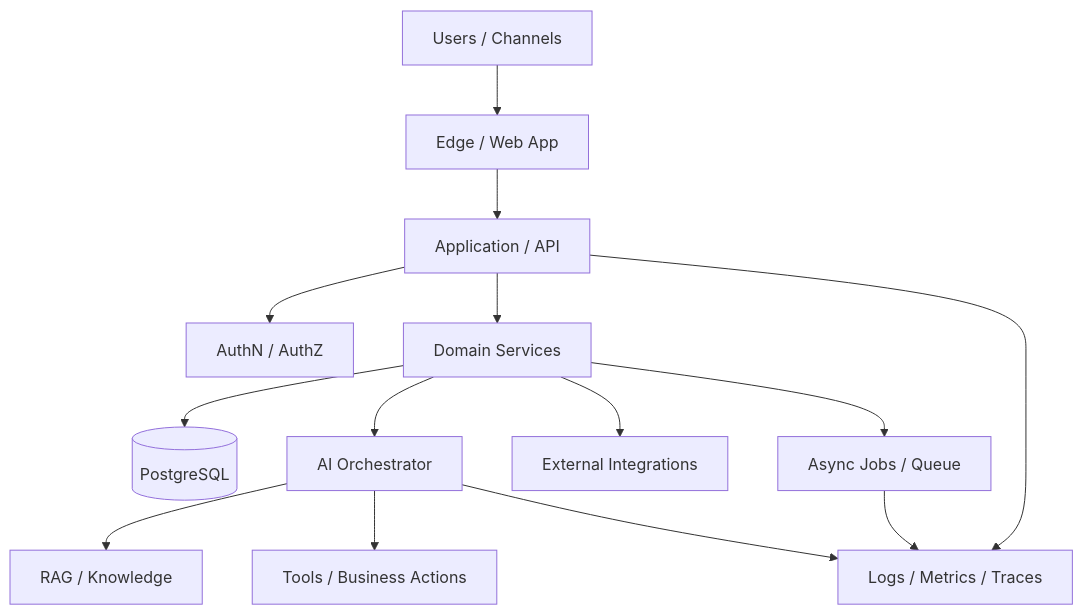
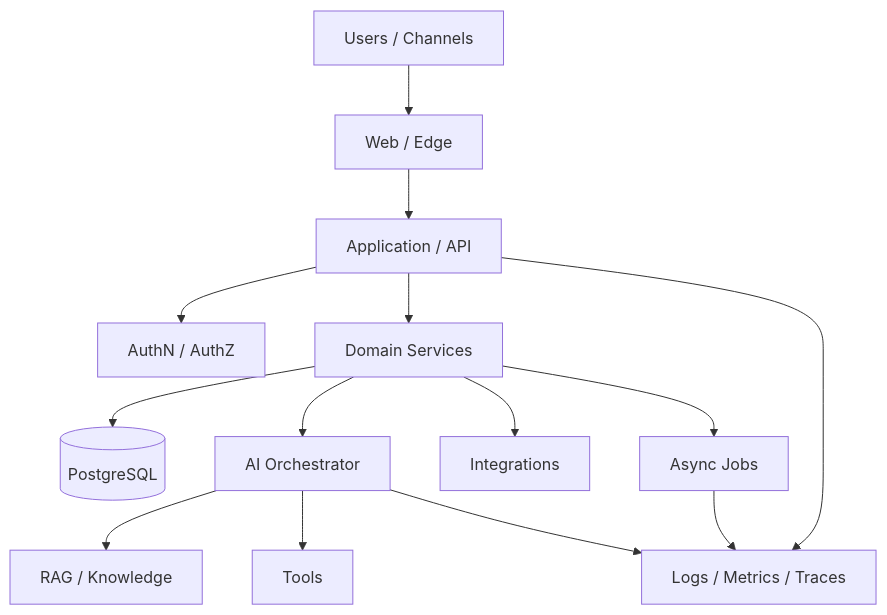
One commit to Videirafo/SaaS-Engineering-Playbook changed the diagram in README.md. Above: the diagram before and after it, drawn with Mermaid. The commit also changed other lines of this file and 2 other files, not shown here.

````diff
--- a/README.md
+++ b/README.md
@@ -74,16 +78,16 @@
 ```mermaid
 flowchart TB
-    U[Users / Channels] --> E[Edge / Web App]
+    U[Users / Channels] --> E[Web / Edge]
     E --> A[Application / API]
     A --> AUTH[AuthN / AuthZ]
     A --> D[Domain Services]
     D --> DB[(PostgreSQL)]
-    D --> Q[Async Jobs / Queue]
-    D --> I[External Integrations]
+    D --> Q[Async Jobs]
+    D --> I[Integrations]
     D --> AI[AI Orchestrator]
     AI --> R[RAG / Knowledge]
-    AI --> T[Tools / Business Actions]
+    AI --> T[Tools]
     A --> O[Logs / Metrics / Traces]
     Q --> O
     AI --> O
 ```
````
